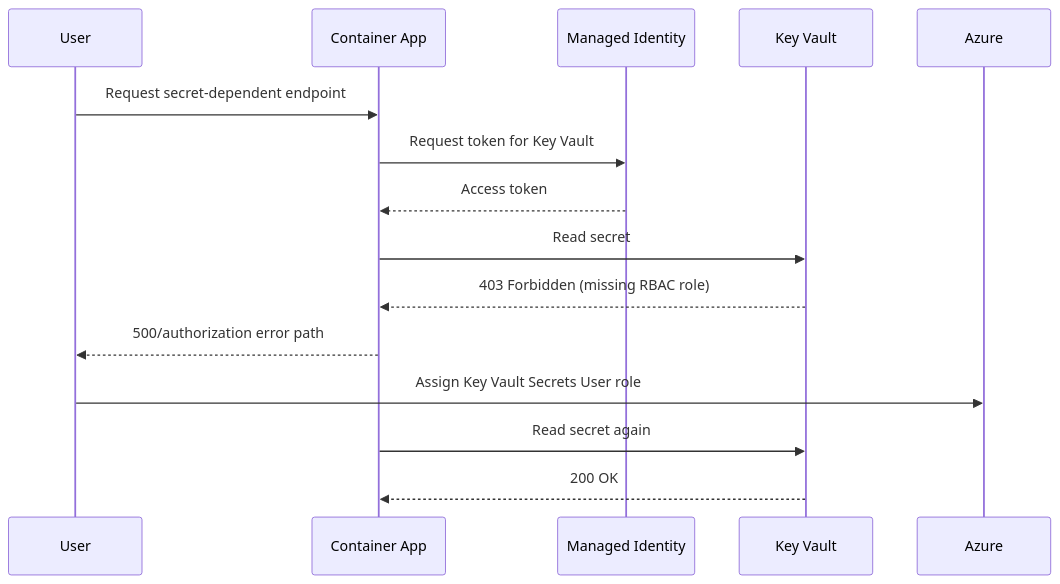
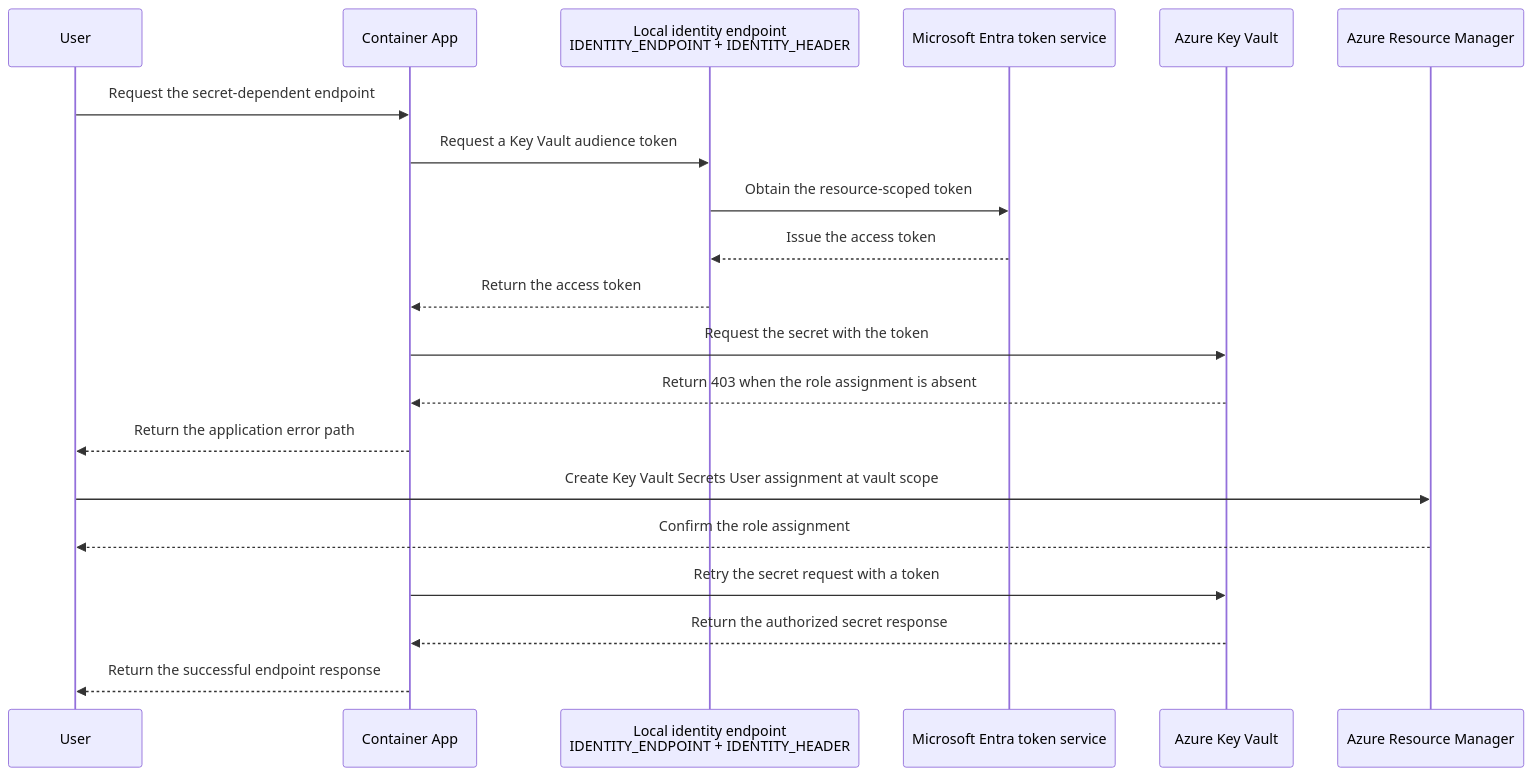
The diagram in docs/troubleshooting/lab-guides/managed-identity-key-vault-failure.md (yeongseon/azure-container-apps-practical-guide), drawn with Mermaid before and after one commit. The commit also changed other lines of this file and 23 other files, not shown here.

Commit message:
docs(diagrams): migrate the first lab-guide diagram batch (#625)

````diff
--- a/docs/troubleshooting/lab-guides/managed-identity-key-vault-failure.md
+++ b/docs/troubleshooting/lab-guides/managed-identity-key-vault-failure.md
@@ -46,16 +46,24 @@
 ```mermaid
 sequenceDiagram
+    accTitle: Managed identity token and Key Vault authorization boundaries
+    accDescr: The application requests a Key Vault token from its local Container Apps identity endpoint by using IDENTITY_ENDPOINT and IDENTITY_HEADER. The endpoint obtains and returns the Microsoft Entra token. Key Vault then independently denies the secret request until the operator creates the Key Vault Secrets User assignment, after which a retry succeeds.
     participant User
     participant App as Container App
-    participant MI as Managed Identity
-    participant KV as Key Vault
-    User->>App: Request secret-dependent endpoint
-    App->>MI: Request token for Key Vault
-    MI-->>App: Access token
-    App->>KV: Read secret
-    KV-->>App: 403 Forbidden (missing RBAC role)
-    App-->>User: 500/authorization error path
-    User->>Azure: Assign Key Vault Secrets User role
-    App->>KV: Read secret again
-    KV-->>App: 200 OK
+    participant Identity as Local identity endpoint<br/>IDENTITY_ENDPOINT + IDENTITY_HEADER
+    participant Entra as Microsoft Entra token service
+    participant KV as Azure Key Vault
+    participant ARM as Azure Resource Manager
+    User->>App: Request the secret-dependent endpoint
+    App->>Identity: Request a Key Vault audience token
+    Identity->>Entra: Obtain the resource-scoped token
+    Entra-->>Identity: Issue the access token
+    Identity-->>App: Return the access token
+    App->>KV: Request the secret with the token
+    KV-->>App: Return 403 when the role assignment is absent
+    App-->>User: Return the application error path
+    User->>ARM: Create Key Vault Secrets User assignment at vault scope
+    ARM-->>User: Confirm the role assignment
+    App->>KV: Retry the secret request with a token
+    KV-->>App: Return the authorized secret response
+    App-->>User: Return the successful endpoint response
 ```
````
